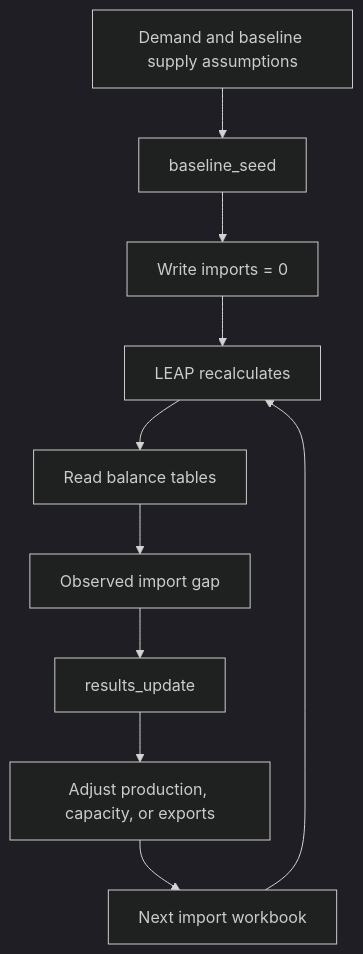
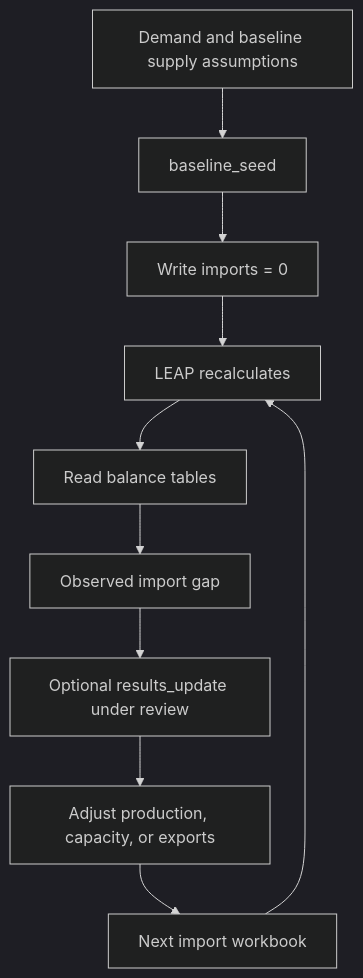
Before and after one commit to asia-pacific-energy-research-centre/leap_initialisation: the second of 3 diagrams in docs/supply_reconciliation_workflow_guide.md, drawn with Mermaid (dark theme). The commit also changed other lines of this file and 14 other files, not shown here.

````diff
--- a/docs/supply_reconciliation_workflow_guide.md
+++ b/docs/supply_reconciliation_workflow_guide.md
@@ -203,14 +228,14 @@
 ```mermaid
 flowchart TD
     A[Demand and baseline supply assumptions]
     B[baseline_seed]
     C[Write imports = 0]
     D[LEAP recalculates]
     E[Read balance tables]
     F[Observed import gap]
-    G[results_update]
+    G[Optional results_update under review]
     H[Adjust production, capacity, or exports]
     I[Next import workbook]
 
     A --> B --> C --> D --> E --> F --> G --> H --> I --> D
 ```
````
